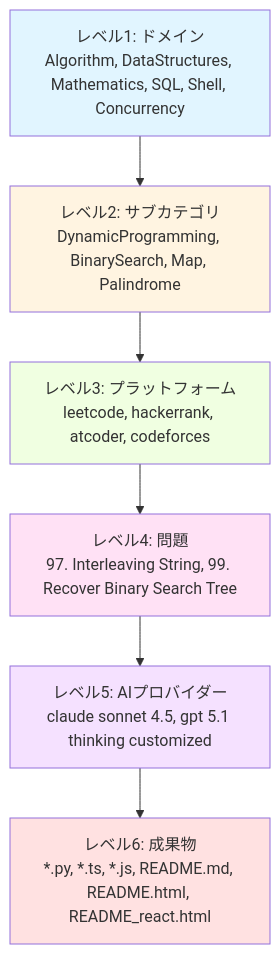
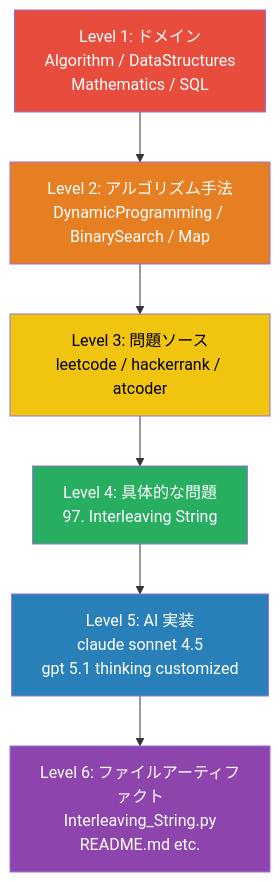
One commit to myoshi2891/Algorithm-DataStructures-Math-SQL changed the third of 12 diagrams in README.md. Above: the diagram before and after it, drawn with Mermaid. The commit also changed other lines of this file, not shown here.

````diff
--- a/README.md
+++ b/README.md
@@ -139,22 +90,18 @@
 ```mermaid
 graph TD
-    L1[レベル1: ドメイン<br/>Algorithm, DataStructures, Mathematics, SQL, Shell, Concurrency]
-    L2[レベル2: サブカテゴリ<br/>DynamicProgramming, BinarySearch, Map, Palindrome]
-    L3[レベル3: プラットフォーム<br/>leetcode, hackerrank, atcoder, codeforces]
-    L4[レベル4: 問題<br/>97. Interleaving String, 99. Recover Binary Search Tree]
-    L5[レベル5: AIプロバイダー<br/>claude sonnet 4.5, gpt 5.1 thinking customized]
-    L6[レベル6: 成果物<br/>*.py, *.ts, *.js, README.md, README.html, README_react.html]
+    L1["Level 1: ドメイン<br>Algorithm / DataStructures<br>Mathematics / SQL"]
+    L2["Level 2: アルゴリズム手法<br>DynamicProgramming / BinarySearch / Map"]
+    L3["Level 3: 問題ソース<br>leetcode / hackerrank / atcoder"]
+    L4["Level 4: 具体的な問題<br>97. Interleaving String"]
+    L5["Level 5: AI 実装<br>claude sonnet 4.5<br>gpt 5.1 thinking customized"]
+    L6["Level 6: ファイルアーティファクト<br>Interleaving_String.py<br>README.md etc."]
 
-    L1 --> L2
-    L2 --> L3
-    L3 --> L4
-    L4 --> L5
-    L5 --> L6
+    L1 --> L2 --> L3 --> L4 --> L5 --> L6
 
-    style L1 fill:#e1f5ff
-    style L2 fill:#fff4e1
-    style L3 fill:#f0ffe1
-    style L4 fill:#ffe1f5
-    style L5 fill:#f5e1ff
-    style L6 fill:#ffe1e1
+    style L1 fill:#E74C3C,color:#fff
+    style L2 fill:#E67E22,color:#fff
+    style L3 fill:#F1C40F,color:#000
+    style L4 fill:#27AE60,color:#fff
+    style L5 fill:#2980B9,color:#fff
+    style L6 fill:#8E44AD,color:#fff
 ```
````
